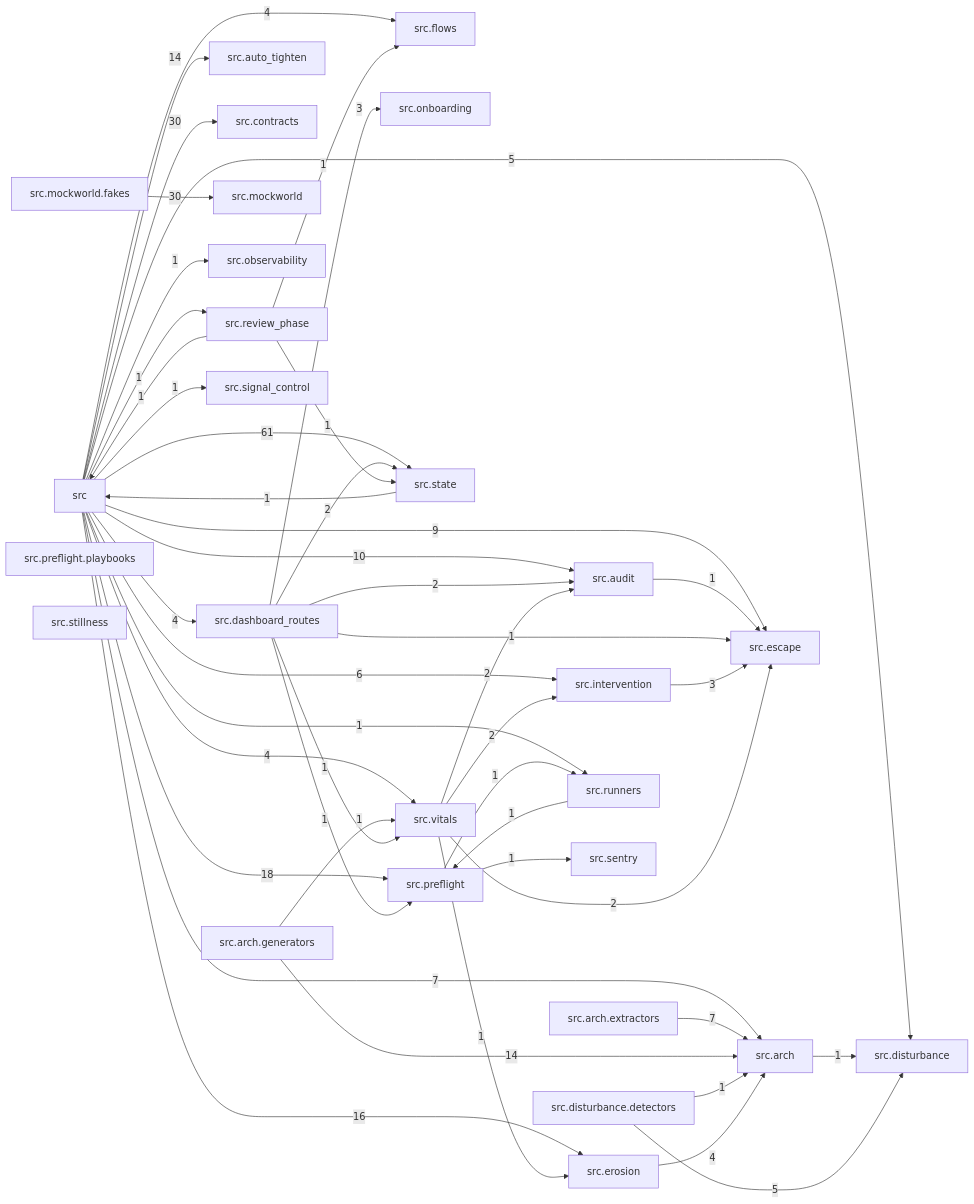
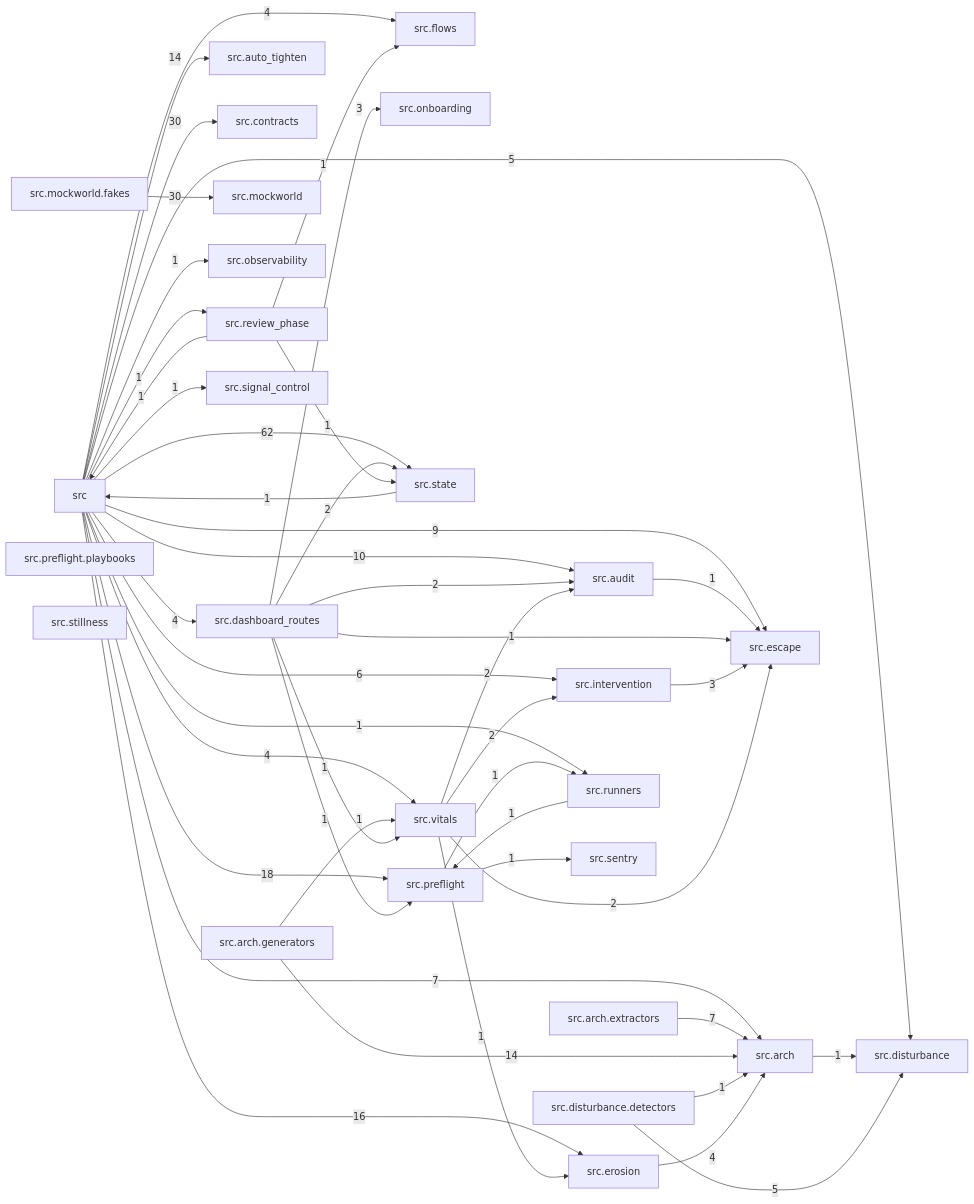
The diagram in docs/arch/generated/modules.md (T-rav/hydraflow), drawn with Mermaid before and after one commit. The commit also changed 17 other files, not shown here.

````diff
--- a/docs/arch/generated/modules.md
+++ b/docs/arch/generated/modules.md
@@ -7,74 +7,74 @@
 ```mermaid
 graph LR
     src["src"]
     src_arch["src.arch"]
     src_arch_extractors["src.arch.extractors"]
     src_arch_generators["src.arch.generators"]
     src_audit["src.audit"]
     src_auto_tighten["src.auto_tighten"]
     src_contracts["src.contracts"]
     src_dashboard_routes["src.dashboard_routes"]
     src_disturbance["src.disturbance"]
     src_disturbance_detectors["src.disturbance.detectors"]
     src_erosion["src.erosion"]
     src_escape["src.escape"]
     src_flows["src.flows"]
     src_intervention["src.intervention"]
     src_mockworld["src.mockworld"]
     src_mockworld_fakes["src.mockworld.fakes"]
     src_observability["src.observability"]
     src_onboarding["src.onboarding"]
     src_preflight["src.preflight"]
     src_preflight_playbooks["src.preflight.playbooks"]
     src_review_phase["src.review_phase"]
     src_runners["src.runners"]
     src_sentry["src.sentry"]
     src_signal_control["src.signal_control"]
     src_state["src.state"]
     src_stillness["src.stillness"]
     src_vitals["src.vitals"]
     src -- "7" --> src_arch
     src -- "10" --> src_audit
     src -- "14" --> src_auto_tighten
     src -- "30" --> src_contracts
     src -- "4" --> src_dashboard_routes
     src -- "5" --> src_disturbance
     src -- "16" --> src_erosion
     src -- "9" --> src_escape
     src -- "4" --> src_flows
     src -- "6" --> src_intervention
     src -- "1" --> src_observability
     src -- "18" --> src_preflight
     src -- "1" --> src_review_phase
     src -- "1" --> src_runners
     src -- "1" --> src_signal_control
-    src -- "61" --> src_state
+    src -- "62" --> src_state
     src -- "4" --> src_vitals
     src_arch -- "1" --> src_disturbance
     src_arch_extractors -- "7" --> src_arch
     src_arch_generators -- "14" --> src_arch
     src_arch_generators -- "1" --> src_vitals
     src_audit -- "1" --> src_escape
     src_dashboard_routes -- "2" --> src_audit
     src_dashboard_routes -- "1" --> src_escape
     src_dashboard_routes -- "3" --> src_onboarding
     src_dashboard_routes -- "1" --> src_preflight
     src_dashboard_routes -- "2" --> src_state
     src_dashboard_routes -- "1" --> src_vitals
     src_disturbance_detectors -- "1" --> src_arch
     src_disturbance_detectors -- "5" --> src_disturbance
     src_erosion -- "4" --> src_arch
     src_intervention -- "3" --> src_escape
     src_mockworld_fakes -- "30" --> src_mockworld
     src_preflight -- "1" --> src_runners
     src_preflight -- "1" --> src_sentry
     src_review_phase -- "1" --> src
     src_review_phase -- "1" --> src_flows
     src_review_phase -- "1" --> src_state
     src_runners -- "1" --> src_preflight
     src_state -- "1" --> src
     src_vitals -- "2" --> src_audit
     src_vitals -- "1" --> src_erosion
     src_vitals -- "2" --> src_escape
     src_vitals -- "2" --> src_intervention
 ```
````
